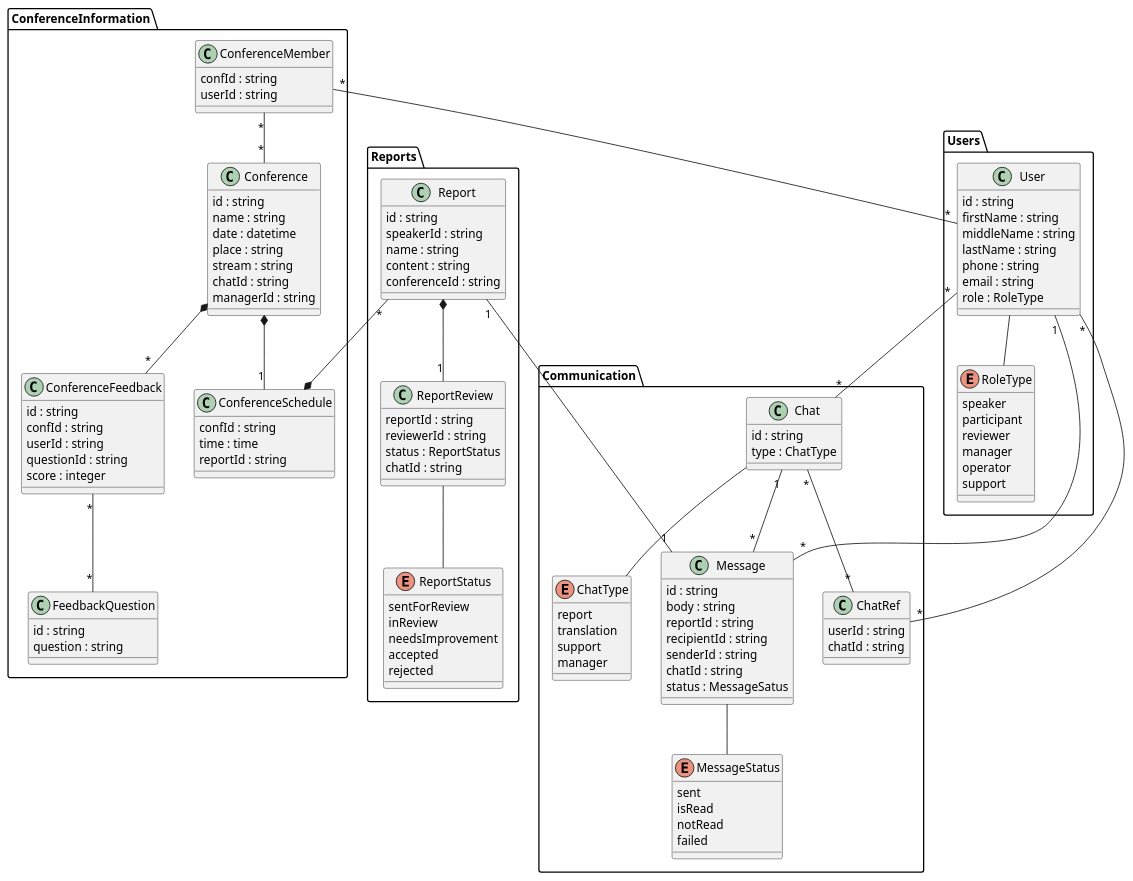
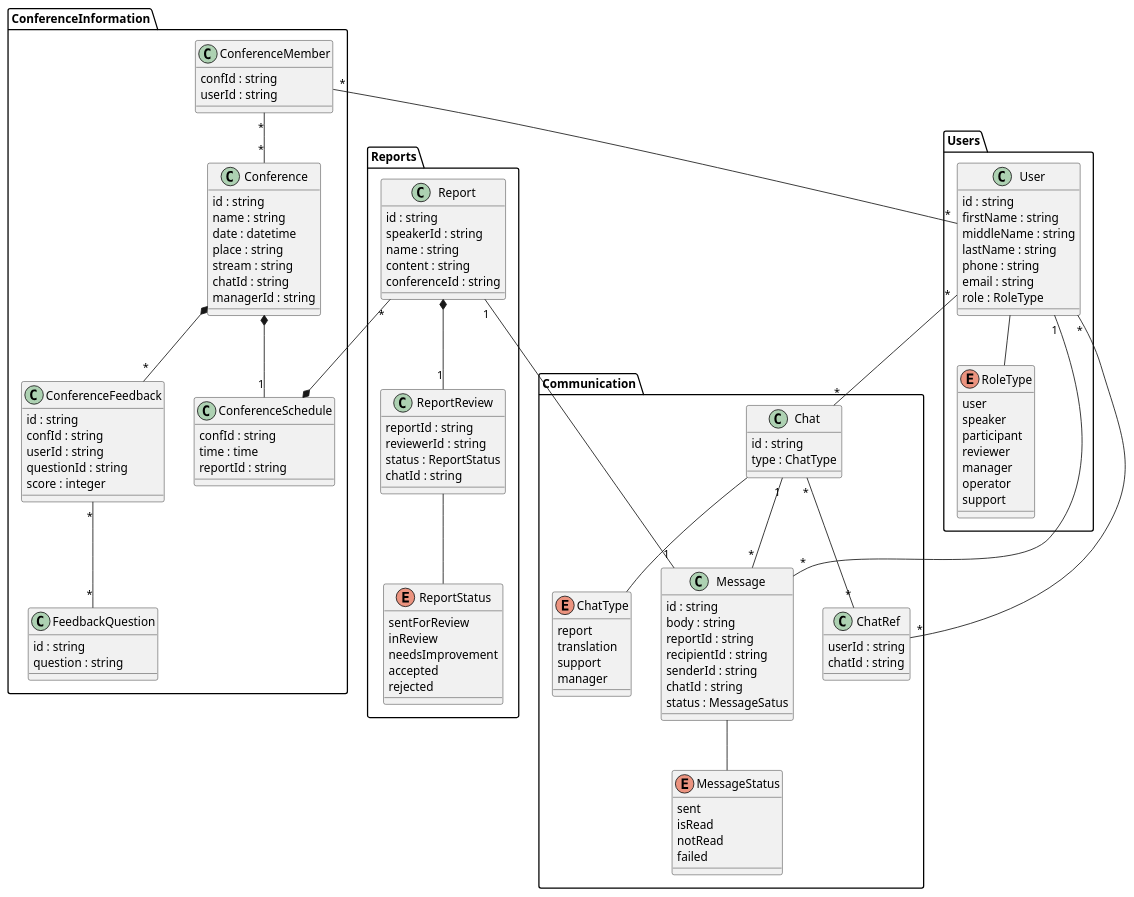
The diagram in docs/data/data.md (Tracy946/Architecture-school), drawn with PlantUML before and after one commit. The commit also changed 16 other files, not shown here.

```diff
--- a/docs/data/data.md
+++ b/docs/data/data.md
@@ -74,6 +74,7 @@
 
  enum RoleType
  {
+  user
   speaker
   participant
   reviewer
```
